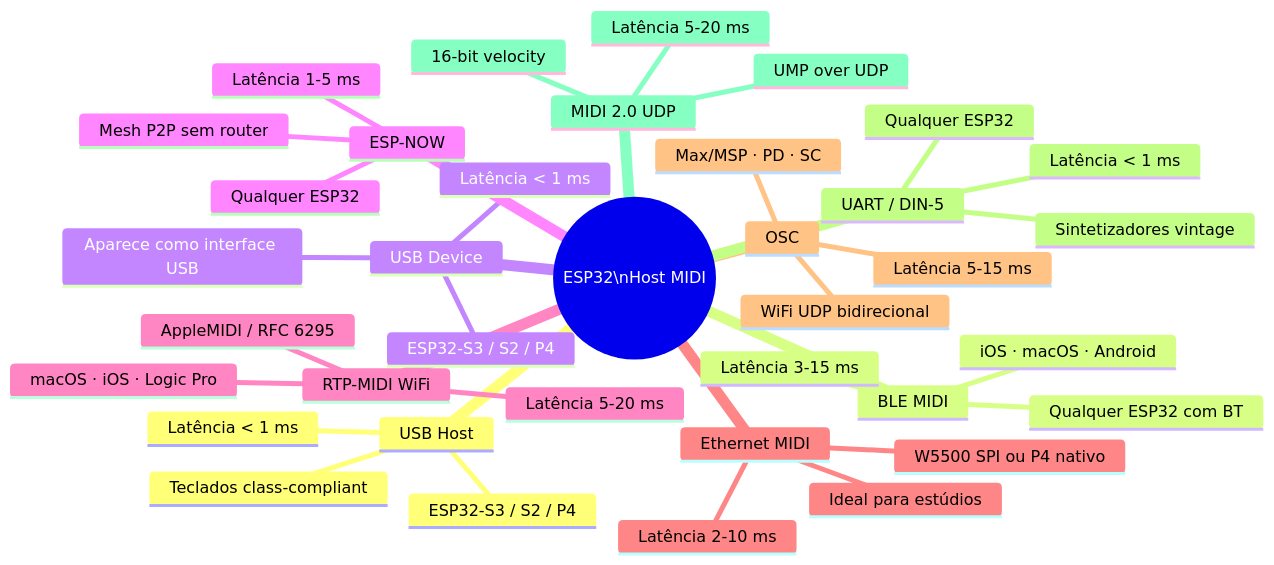
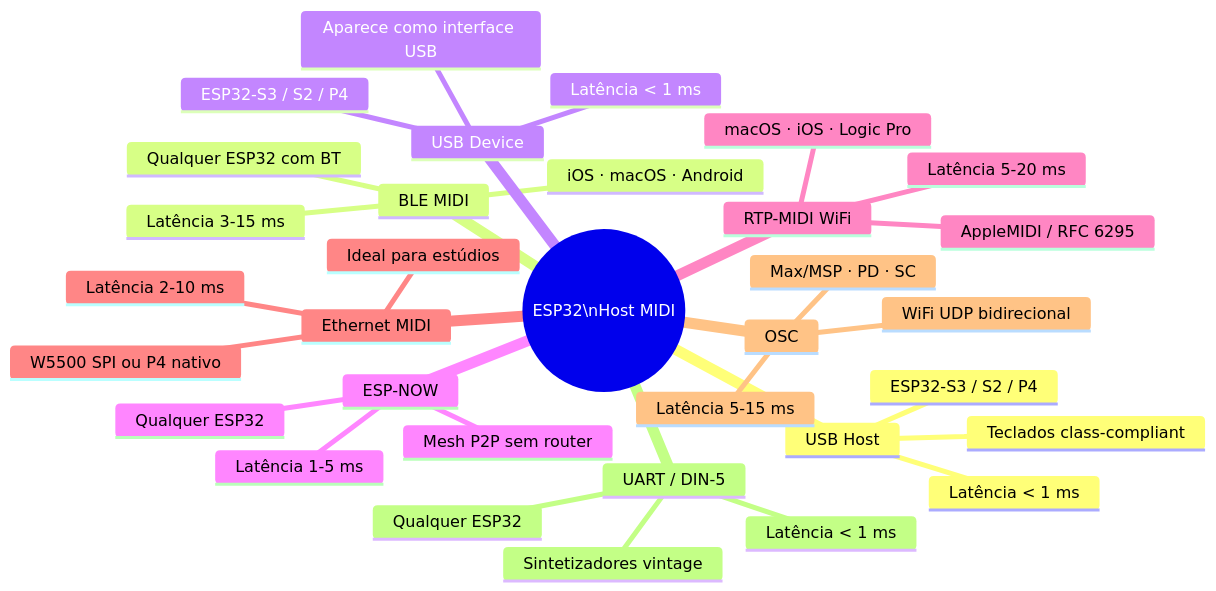
Before and after one commit to sauloverissimo/ESP32_Host_MIDI: the first of 3 diagrams in docs/guia/introducao.md, drawn with Mermaid. The commit also changed other lines of this file and 10 other files, not shown here.

````diff
--- a/docs/guia/introducao.md
+++ b/docs/guia/introducao.md
@@ -29,40 +29,36 @@
 ```mermaid
 mindmap
   root((ESP32\nHost MIDI))
     USB Host
       ESP32-S3 / S2 / P4
       Teclados class-compliant
       Latência < 1 ms
     BLE MIDI
       Qualquer ESP32 com BT
       iOS · macOS · Android
       Latência 3-15 ms
     USB Device
       ESP32-S3 / S2 / P4
       Aparece como interface USB
       Latência < 1 ms
     ESP-NOW
       Qualquer ESP32
       Mesh P2P sem router
       Latência 1-5 ms
     RTP-MIDI WiFi
       AppleMIDI / RFC 6295
       macOS · iOS · Logic Pro
       Latência 5-20 ms
     Ethernet MIDI
       W5500 SPI ou P4 nativo
       Ideal para estúdios
       Latência 2-10 ms
     OSC
       WiFi UDP bidirecional
       Max/MSP · PD · SC
       Latência 5-15 ms
     UART / DIN-5
       Qualquer ESP32
       Sintetizadores vintage
       Latência < 1 ms
-    MIDI 2.0 UDP
-      UMP over UDP
-      16-bit velocity
-      Latência 5-20 ms
 ```
````
